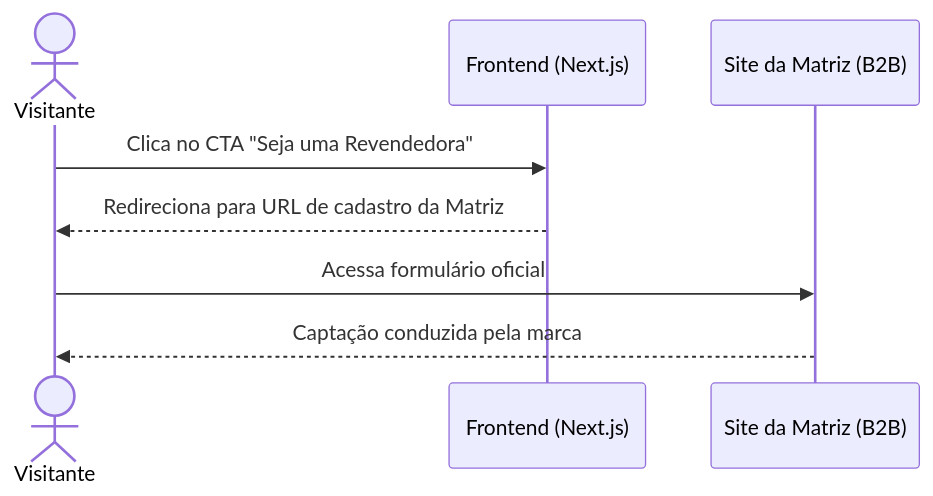
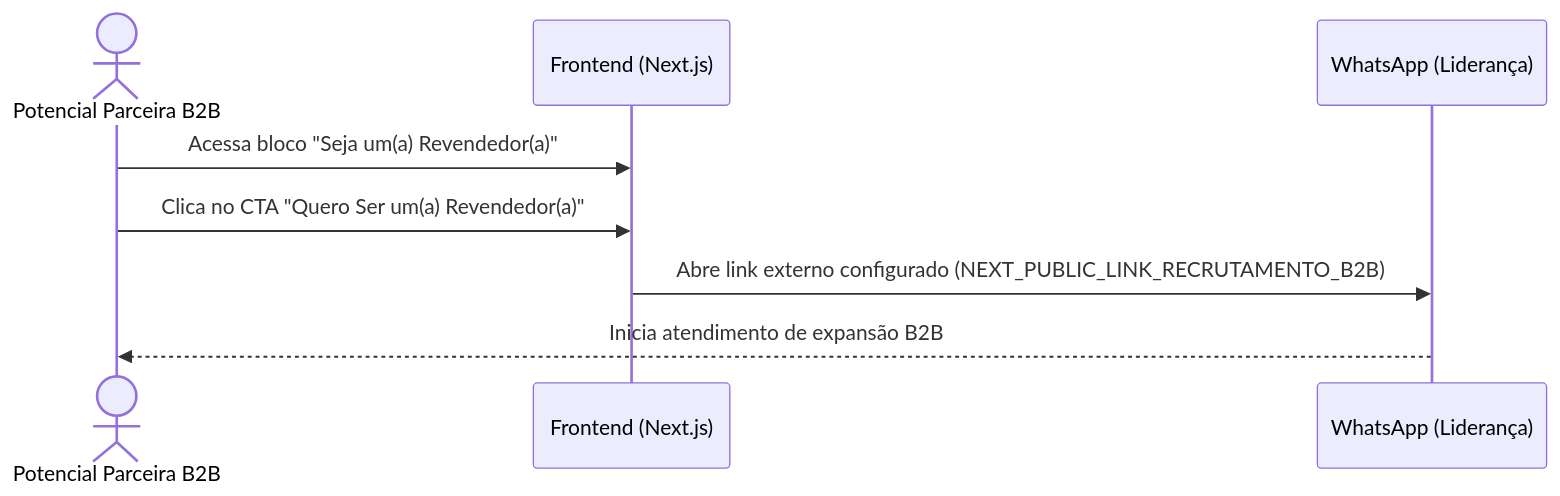
One commit to LuHenRe/Projeto-Revendedora-Atlantica-Natural changed the third of 3 diagrams in docs/arquitetura/06-diagrama-sequencia.md. Above: the diagram before and after it, drawn with Mermaid. The commit also changed other lines of this file and 15 other files, not shown here.

Commit message:
docs: adiciona segunda apresentacao e atualiza diagramas e requisitos

````diff
--- a/docs/arquitetura/06-diagrama-sequencia.md
+++ b/docs/arquitetura/06-diagrama-sequencia.md
@@ -50,11 +81,11 @@
 ```mermaid
 sequenceDiagram
-    actor Visitante
-    participant Frontend as Frontend (Next.js)
-    participant Externo as Site da Matriz (B2B)
+    actor Visitante as Potencial Parceira B2B
+    participant Vitrine as Frontend (Next.js)
+    participant WhatsApp as WhatsApp (Liderança)
 
-    Visitante->>Frontend: Clica no CTA "Seja uma Revendedora"
-    Frontend-->>Visitante: Redireciona para URL de cadastro da Matriz
-    Visitante->>Externo: Acessa formulário oficial
-    Externo-->>Visitante: Captação conduzida pela marca
+    Visitante->>Vitrine: Acessa bloco "Seja um(a) Revendedor(a)"
+    Visitante->>Vitrine: Clica no CTA "Quero Ser um(a) Revendedor(a)"
+    Vitrine->>WhatsApp: Abre link externo configurado (NEXT_PUBLIC_LINK_RECRUTAMENTO_B2B)
+    WhatsApp-->>Visitante: Inicia atendimento de expansão B2B
 ```
````
